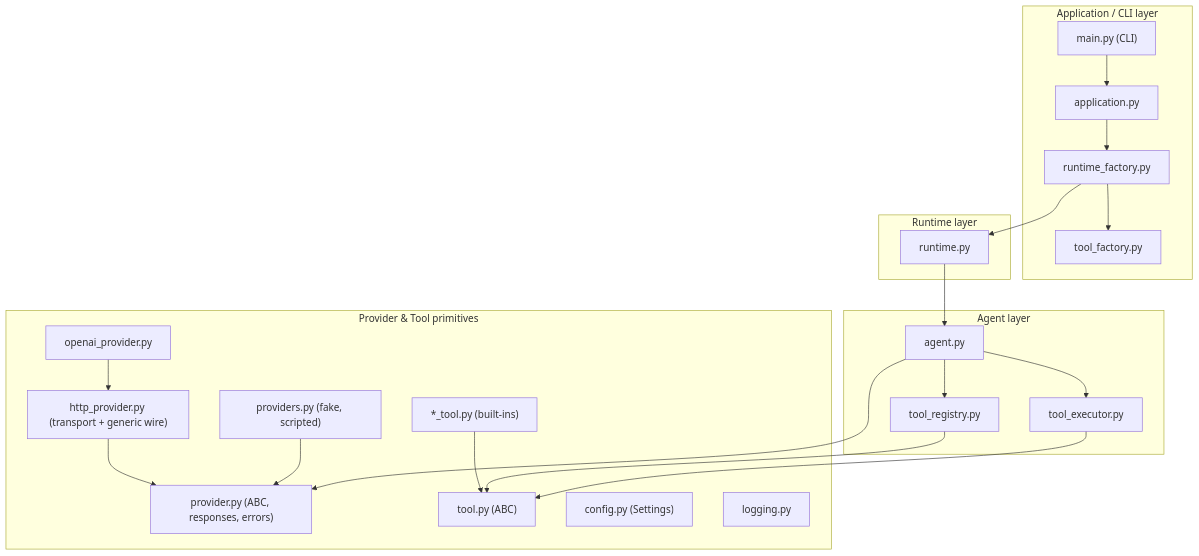
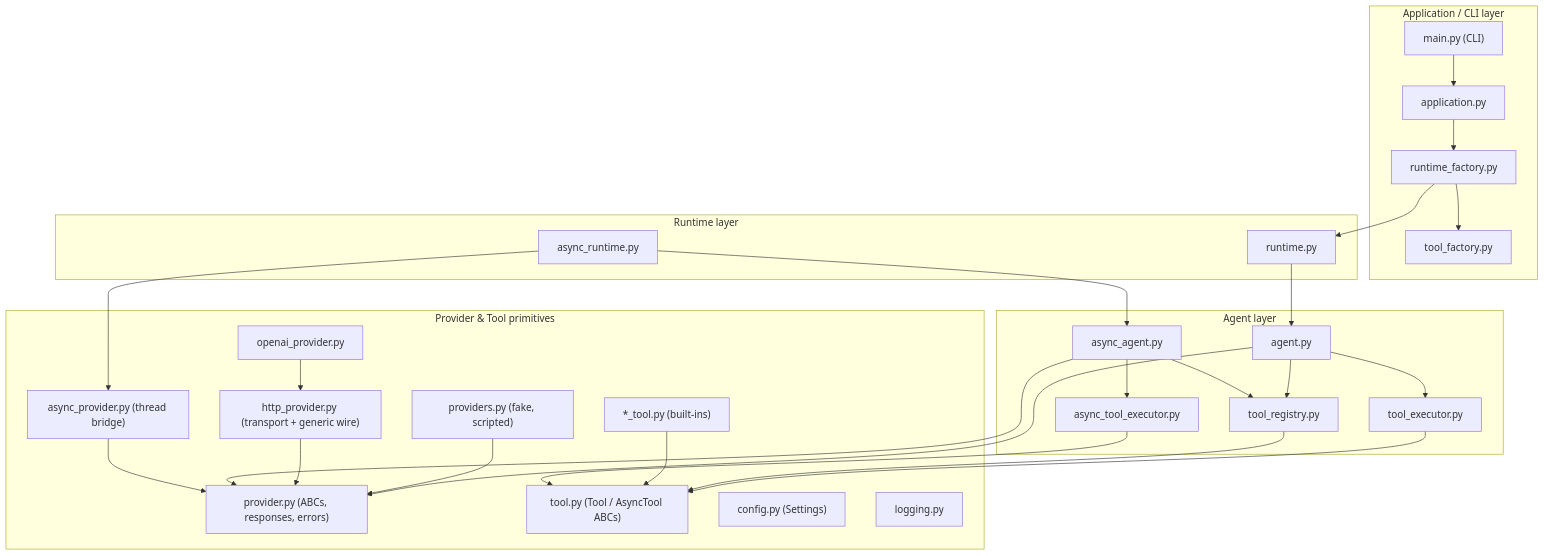
The diagram in docs/architecture.md (Abolfazlrwm/nexusagent), drawn with Mermaid before and after one commit. The commit also changed other lines of this file and 5 other files, not shown here.

````diff
--- a/docs/architecture.md
+++ b/docs/architecture.md
@@ -8,39 +8,50 @@
 ```mermaid
 flowchart TB
     subgraph L4["Application / CLI layer"]
         MAIN["main.py (CLI)"]
         APP["application.py"]
         RF["runtime_factory.py"]
         TF["tool_factory.py"]
     end
     subgraph L3["Runtime layer"]
         RT["runtime.py"]
+        ART["async_runtime.py"]
     end
     subgraph L2["Agent layer"]
         AG["agent.py"]
+        AAG["async_agent.py"]
         TE["tool_executor.py"]
+        ATE["async_tool_executor.py"]
         TRG["tool_registry.py"]
     end
     subgraph L1["Provider & Tool primitives"]
-        PR["provider.py (ABC, responses, errors)"]
+        PR["provider.py (ABCs, responses, errors)"]
+        APV["async_provider.py (thread bridge)"]
         PV["providers.py (fake, scripted)"]
         HP["http_provider.py (transport + generic wire)"]
         OP["openai_provider.py"]
-        TL["tool.py (ABC)"]
+        TL["tool.py (Tool / AsyncTool ABCs)"]
         CT["*_tool.py (built-ins)"]
         CF["config.py (Settings)"]
         LG["logging.py"]
     end
     MAIN --> APP --> RF --> RT
     RF --> TF
     RT --> AG
     AG --> TE
     AG --> TRG
     AG --> PR
     TE --> TL
     TRG --> TL
     PV --> PR
     HP --> PR
     OP --> HP
     CT --> TL
+    ART --> AAG
+    AAG --> ATE
+    AAG --> TRG
+    AAG --> PR
+    ATE --> TL
+    ART --> APV
+    APV --> PR
 ```
````
